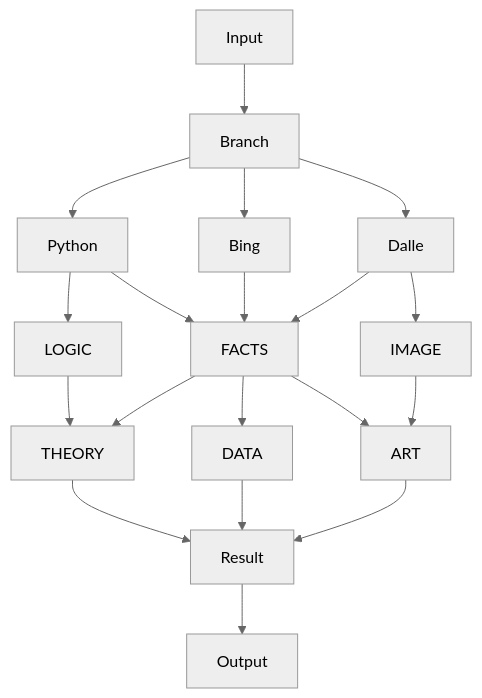
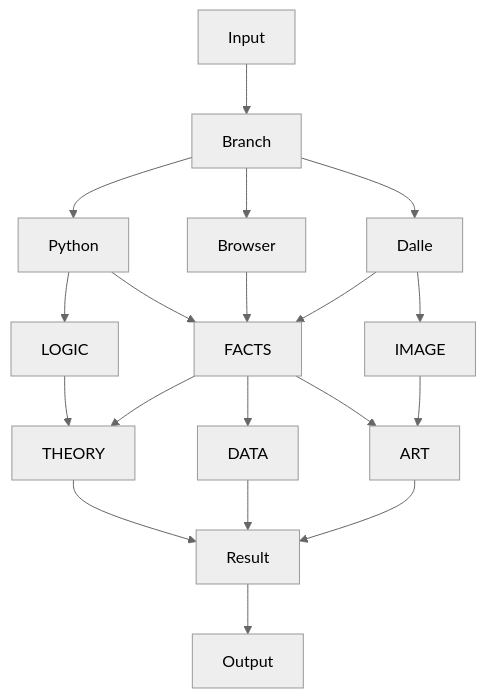
The diagram in COGNITION.md (Mind-Interfaces/CogniSphere), drawn with Mermaid (neutral theme) before and after one commit.

````diff
--- a/COGNITION.md
+++ b/COGNITION.md
@@ -1,34 +1,34 @@
 ```mermaid
 graph TD;
 
     Input;
 
     Input --> Branch;
 
     Branch --> Dalle;
     Branch --> Python;
-    Branch --> Bing;
+    Branch --> Browser;
 
     Python --> LOGIC;
     Python --> FACTS;
     
-    Bing --> FACTS;
+    Browser --> FACTS;
     
     Dalle --> IMAGE;
     Dalle --> FACTS;
 
 
     LOGIC --> THEORY;
     FACTS --> THEORY;
 
     FACTS --> DATA;
 
     FACTS --> ART;
     IMAGE --> ART;
 
     THEORY --> Result;
     DATA --> Result;
     ART --> Result;
 
     Result --> Output;
 ```
````
